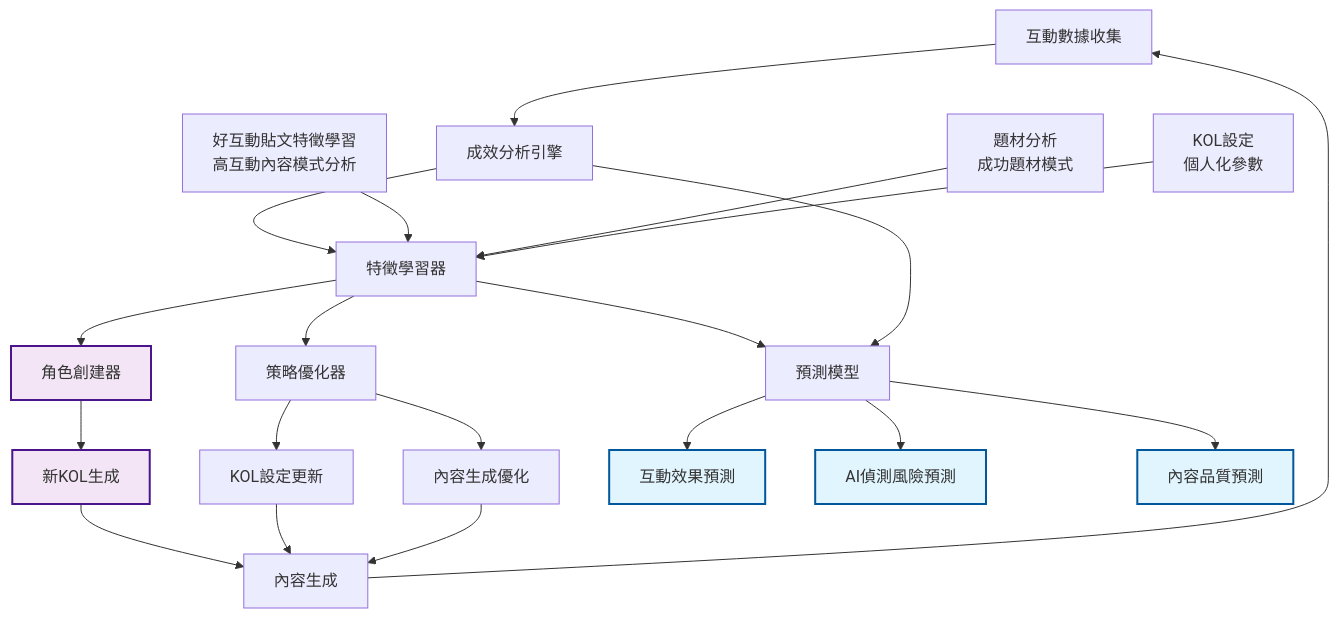
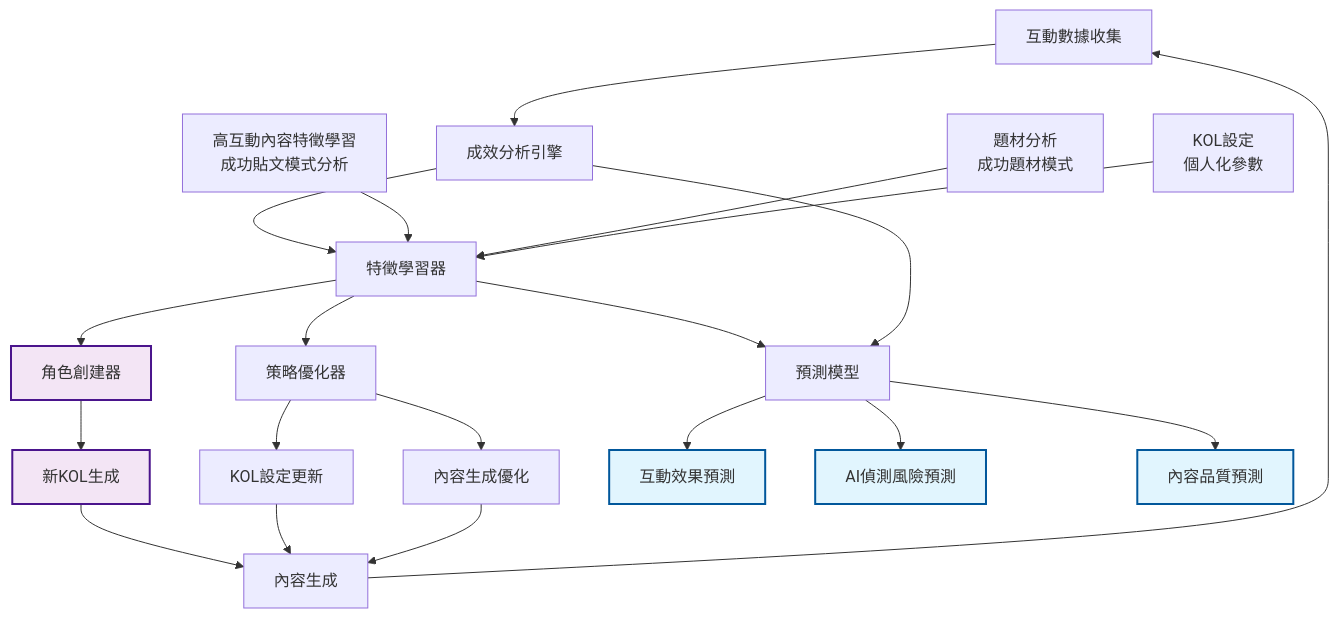
Before and after one commit to hihihowru/forum_autoposter: the diagram in gitbook-docs/4-AI自我學習/4.8-AI自我學習機制完整簡報-wireframe.md, drawn with Mermaid. The commit also changed other lines of this file, not shown here.

````diff
--- a/gitbook-docs/4-AI自我學習/4.8-AI自我學習機制完整簡報-wireframe.md
+++ b/gitbook-docs/4-AI自我學習/4.8-AI自我學習機制完整簡報-wireframe.md
@@ -15,35 +12,35 @@
 ```mermaid
 graph TD
     A[互動數據收集] --> B[成效分析引擎]
     B --> C[特徵學習器]
     
-    D[好互動貼文特徵學習<br/>高互動內容模式分析] --> C
+    D[高互動內容特徵學習<br/>成功貼文模式分析] --> C
     F[題材分析<br/>成功題材模式] --> C
     G[KOL設定<br/>個人化參數] --> C
     
     C --> I[角色創建器]
     C --> J[策略優化器]
     
     I --> K[新KOL生成]
     J --> L[KOL設定更新]
     J --> M[內容生成優化]
     
     K --> N[內容生成]
     L --> N
     M --> N
     N --> A
     
     O[預測模型] --> P[互動效果預測]
     O --> Q[AI偵測風險預測]
     O --> R[內容品質預測]
     
     C --> O
     B --> O
     
     classDef roadmap1 fill:#e1f5fe,stroke:#01579b,stroke-width:2px
     classDef roadmap2 fill:#f3e5f5,stroke:#4a148c,stroke-width:2px
     classDef roadmap3 fill:#e8f5e8,stroke:#1b5e20,stroke-width:2px
     
     class P,Q,R roadmap1
     class I,K roadmap2
 ```
````
